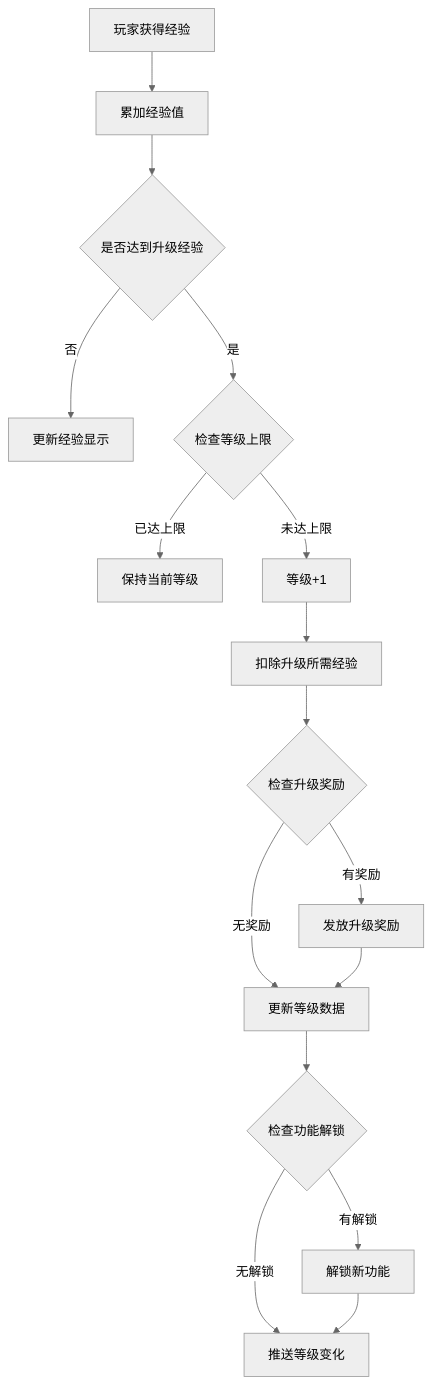
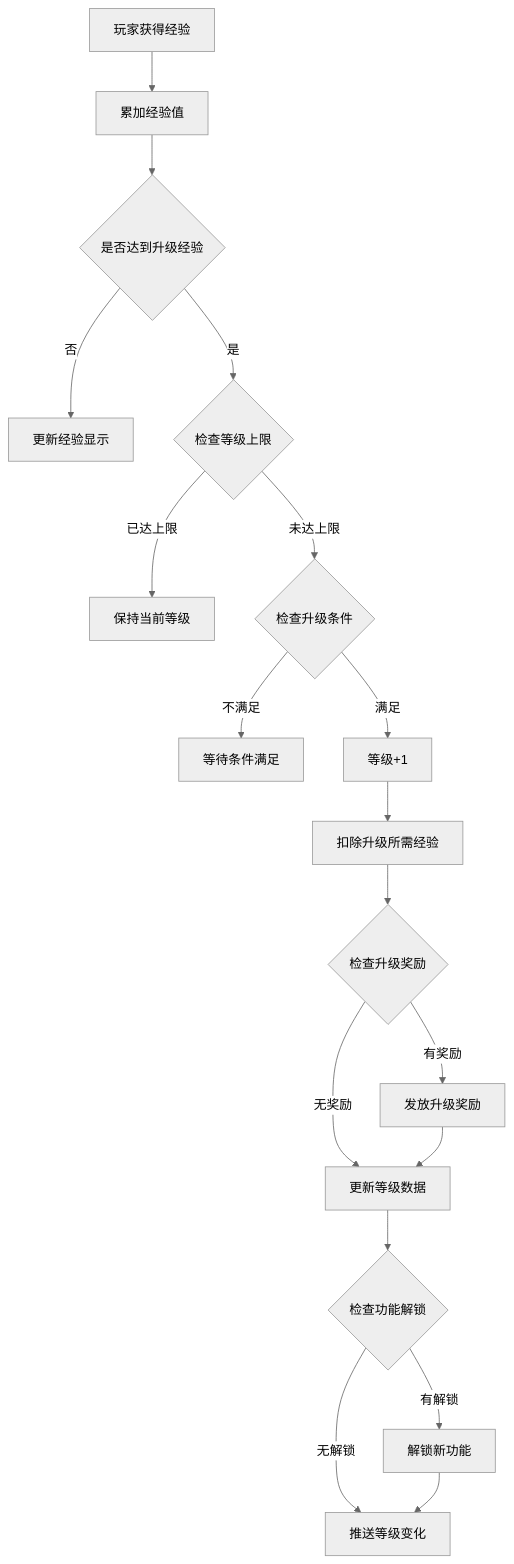
The third of 8 diagrams in docs/Module_Player/05_完整说明.md (Alan-Ben/k2c_game_framework), drawn with Mermaid (neutral theme) before and after one commit. The commit also changed other lines of this file and 75 other files, not shown here.

````diff
--- a/docs/Module_Player/05_完整说明.md
+++ b/docs/Module_Player/05_完整说明.md
@@ -110,18 +150,20 @@
 ```mermaid
 flowchart TD
     A[玩家获得经验] --> B[累加经验值]
     B --> C{是否达到升级经验}
     C -->|否| D[更新经验显示]
     C -->|是| E{检查等级上限}
     E -->|已达上限| F[保持当前等级]
-    E -->|未达上限| G[等级+1]
-    G --> H[扣除升级所需经验]
-    H --> I{检查升级奖励}
-    I -->|有奖励| J[发放升级奖励]
-    I -->|无奖励| K[更新等级数据]
-    J --> K
-    K --> L{检查功能解锁}
-    L -->|有解锁| M[解锁新功能]
-    L -->|无解锁| N[推送等级变化]
-    M --> N
+    E -->|未达上限| G{检查升级条件}
+    G -->|不满足| H[等待条件满足]
+    G -->|满足| I[等级+1]
+    I --> J[扣除升级所需经验]
+    J --> K{检查升级奖励}
+    K -->|有奖励| L[发放升级奖励]
+    K -->|无奖励| M[更新等级数据]
+    L --> M
+    M --> N{检查功能解锁}
+    N -->|有解锁| O[解锁新功能]
+    N -->|无解锁| P[推送等级变化]
+    O --> P
 ```
````
